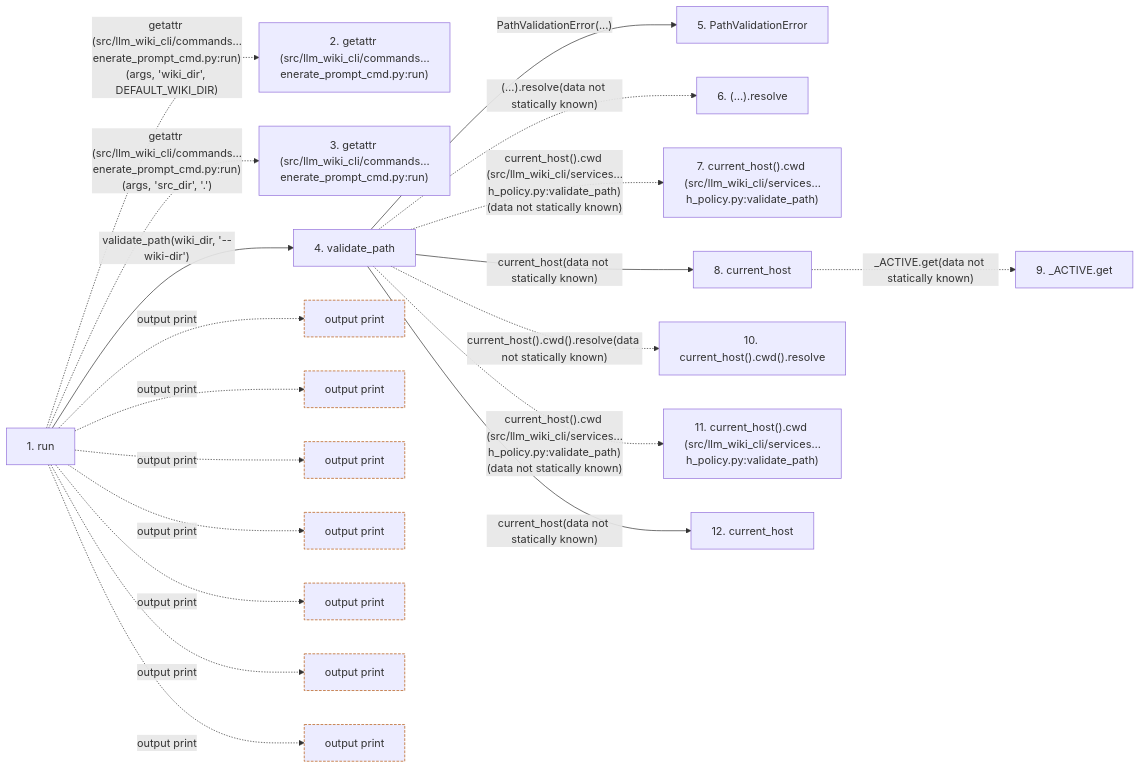
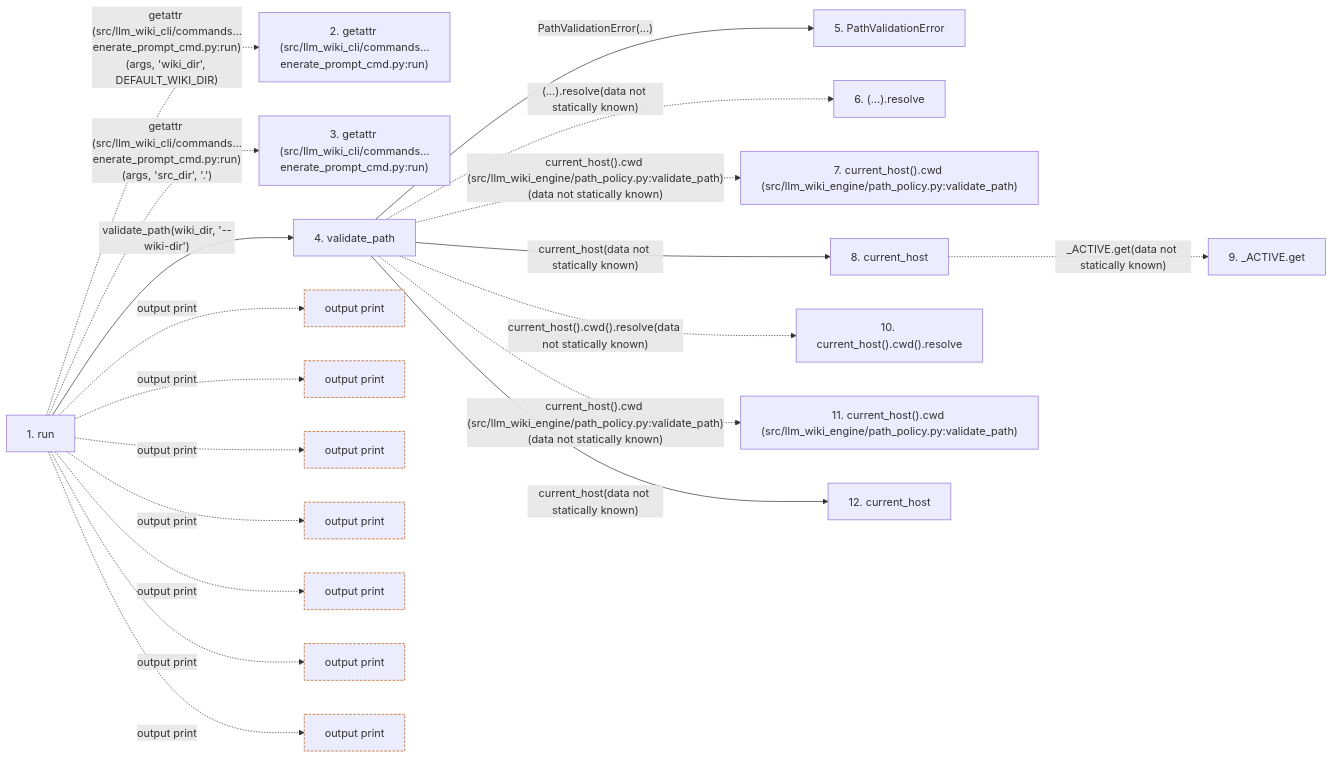
The second of 2 diagrams in docs/llm_wiki/flows/cli-generate-prompt.md (Denissvgn/python-wiki-llm), drawn with Mermaid before and after one commit. The commit also changed other lines of this file and 739 other files, not shown here.

First line of the commit message:
docs: refresh the wiki for the second engine batch

````diff
--- a/docs/llm_wiki/flows/cli-generate-prompt.md
+++ b/docs/llm_wiki/flows/cli-generate-prompt.md
@@ -161,53 +161,53 @@
 ```mermaid
 flowchart LR
     s1["1. run"]
     s2["2. getattr (src/llm_wiki_cli/commands…enerate_prompt_cmd.py:run)"]
     s3["3. getattr (src/llm_wiki_cli/commands…enerate_prompt_cmd.py:run)"]
     s4["4. validate_path"]
     s5["5. PathValidationError"]
     s6["6. (…).resolve"]
-    s7["7. current_host().cwd (src/llm_wiki_cli/services…h_policy.py:validate_path)"]
+    s7["7. current_host().cwd (src/llm_wiki_engine/path_policy.py:validate_path)"]
     s8["8. current_host"]
     s9["9. _ACTIVE.get"]
     s10["10. current_host().cwd().resolve"]
-    s11["11. current_host().cwd (src/llm_wiki_cli/services…h_policy.py:validate_path)"]
+    s11["11. current_host().cwd (src/llm_wiki_engine/path_policy.py:validate_path)"]
     s12["12. current_host"]
     s1 -. "getattr (src/llm_wiki_cli/commands…enerate_prompt_cmd.py:run)(args, 'wiki_dir', DEFAULT_WIKI_DIR)" .-> s2
     s1 -. "getattr (src/llm_wiki_cli/commands…enerate_prompt_cmd.py:run)(args, 'src_dir', '.')" .-> s3
     s1 -->|"validate_path(wiki_dir, '--wiki-dir')"| s4
     s4 -->|"PathValidationError(...)"| s5
     s4 -. "(…).resolve(data not statically known)" .-> s6
-    s4 -. "current_host().cwd (src/llm_wiki_cli/services…h_policy.py:validate_path)(data not statically known)" .-> s7
+    s4 -. "current_host().cwd (src/llm_wiki_engine/path_policy.py:validate_path)(data not statically known)" .-> s7
     s4 -->|"current_host(data not statically known)"| s8
     s8 -. "_ACTIVE.get(data not statically known)" .-> s9
     s4 -. "current_host().cwd().resolve(data not statically known)" .-> s10
-    s4 -. "current_host().cwd (src/llm_wiki_cli/services…h_policy.py:validate_path)(data not statically known)" .-> s11
+    s4 -. "current_host().cwd (src/llm_wiki_engine/path_policy.py:validate_path)(data not statically known)" .-> s11
     s4 -->|"current_host(data not statically known)"| s12
     b0["output print"]
     s1 -. "output print" .-> b0
     b1["output print"]
     s1 -. "output print" .-> b1
     b2["output print"]
     s1 -. "output print" .-> b2
     b3["output print"]
     s1 -. "output print" .-> b3
     b4["output print"]
     s1 -. "output print" .-> b4
     b5["output print"]
     s1 -. "output print" .-> b5
     b6["output print"]
     s1 -. "output print" .-> b6
     click s1 "../modules/generate_prompt_cmd.md"
     click s4 "../modules/path_policy.md"
     click s5 "../modules/path_policy.md"
     click s8 "../modules/host.md"
     click s12 "../modules/host.md"
     classDef boundary stroke:#b45309,stroke-dasharray: 4 2
     class b0 boundary
     class b1 boundary
     class b2 boundary
     class b3 boundary
     class b4 boundary
     class b5 boundary
     class b6 boundary
 ```
````
